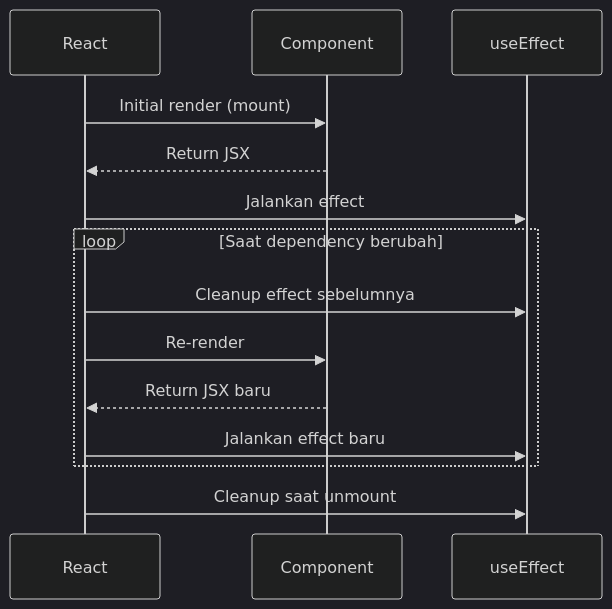
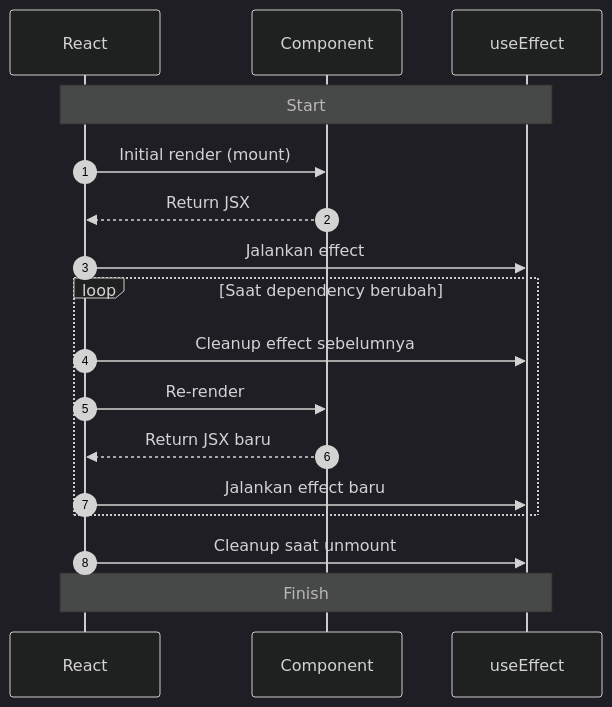
The diagram in doc/lifecycle-hooks-cheat-sheet.md (seftronics/react-basic), drawn with Mermaid (dark theme) before and after one commit. The commit also changed 8 other files, not shown here.

````diff
--- a/doc/lifecycle-hooks-cheat-sheet.md
+++ b/doc/lifecycle-hooks-cheat-sheet.md
@@ -13,19 +13,22 @@
 ```mermaid
 sequenceDiagram
+    autonumber
     participant R as React
     participant C as Component
     participant E as useEffect
 
+    Note over R,E: Start
     R->>C: Initial render (mount)
     C-->>R: Return JSX
     R->>E: Jalankan effect
 
     loop Saat dependency berubah
         R->>E: Cleanup effect sebelumnya
         R->>C: Re-render
         C-->>R: Return JSX baru
         R->>E: Jalankan effect baru
     end
 
     R->>E: Cleanup saat unmount
+    Note over R,E: Finish
 ```
````
